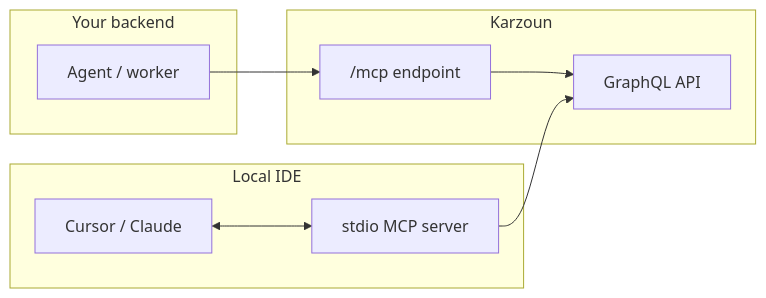
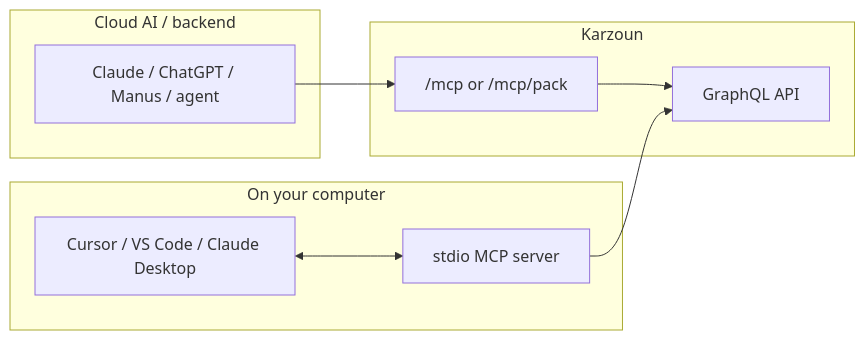
One commit to KarzounApps/docs changed the diagram in mcp-server/index.mdx. Above: the diagram before and after it, drawn with Mermaid. The commit also changed other lines of this file and 21 other files, not shown here.

````diff
--- a/mcp-server/index.mdx
+++ b/mcp-server/index.mdx
@@ -26,21 +23,21 @@
 ```mermaid
 flowchart LR
-  subgraph Local["Local IDE"]
-    C[Cursor / Claude]
+  subgraph Local["On your computer"]
+    C[Cursor / VS Code / Claude Desktop]
     STDIO[stdio MCP server]
     C <--> STDIO
   end
 
-  subgraph Cloud["Your backend"]
-    AG[Agent / worker]
+  subgraph Cloud["Cloud AI / backend"]
+    AG[Claude / ChatGPT / Manus / agent]
   end
 
   subgraph Karzoun["Karzoun"]
-    MCP["/mcp endpoint"]
+    MCP["/mcp or /mcp/pack"]
     GQL[GraphQL API]
     MCP --> GQL
   end
 
   STDIO --> GQL
   AG --> MCP
 ```
````
